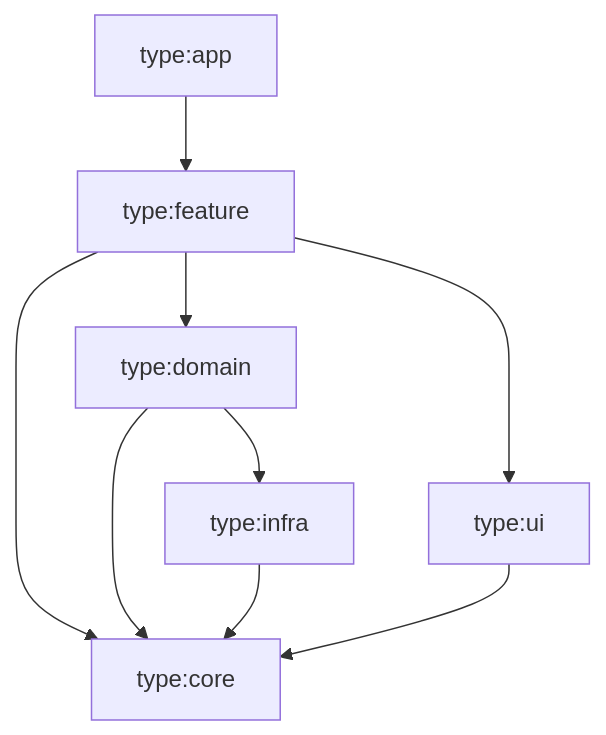
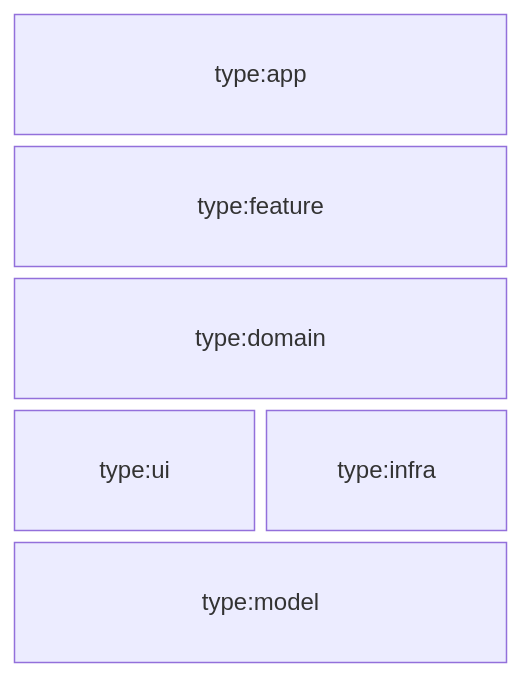
Before and after one commit to marmicode/cookbook: the fourth of 4 diagrams in apps/cookbook/docs/nx/03-scaling/02-organize-libs.md, drawn with Mermaid. The commit also changed other lines of this file and 1 other file, not shown here.

Commit message:
docs(nx): 📝 add modular frontend layered architecture

````diff
--- a/apps/cookbook/docs/nx/03-scaling/02-organize-libs.md
+++ b/apps/cookbook/docs/nx/03-scaling/02-organize-libs.md
@@ -162,14 +152,12 @@
 ```mermaid
-graph TD
-  app["type:app"]
-  core["type:core"]
-  domain["type:domain"]
-  feature["type:feature"]
+block-beta
+columns 2
+  app["type:app"]:2
+  feature["type:feature"]:2
+  domain["type:domain"]:2
+  ui["type:ui"]
   infra["type:infra"]
-  ui["type:ui"]
-  app --> feature
-  feature --> core & domain & ui
-  domain --> core & infra
-  infra --> core
-  ui --> core
+  model["type:model"]:2
+  style infra height:5rem,width:10rem
+  style ui height:5rem,width:10rem
 ```
````
